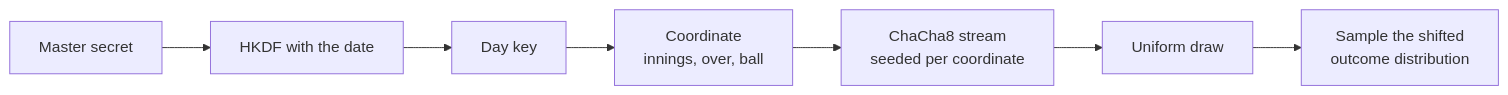
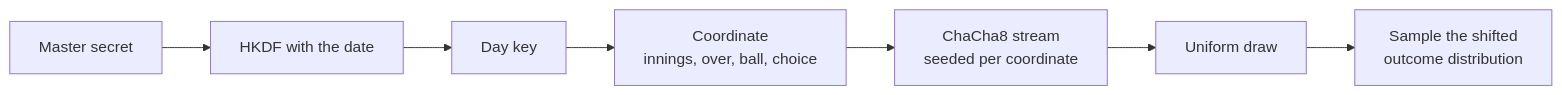
One commit to Rishi0507/Pavilion changed the sixth of 8 diagrams in docs/technical-architecture.md. Above: the diagram before and after it, drawn with Mermaid. The commit also changed other lines of this file and 7 other files, not shown here.

````diff
--- a/docs/technical-architecture.md
+++ b/docs/technical-architecture.md
@@ -222,9 +275,9 @@
 ```mermaid
 flowchart LR
   SECRET[Master secret] --> HKDF[HKDF with the date]
   HKDF --> DAYKEY[Day key]
-  DAYKEY --> COORD["Coordinate<br/>innings, over, ball"]
+  DAYKEY --> COORD["Coordinate<br/>innings, over, ball, choice"]
   COORD --> RNG[ChaCha8 stream<br/>seeded per coordinate]
   RNG --> U[Uniform draw]
   U --> SAMPLE[Sample the shifted<br/>outcome distribution]
 ```
````
